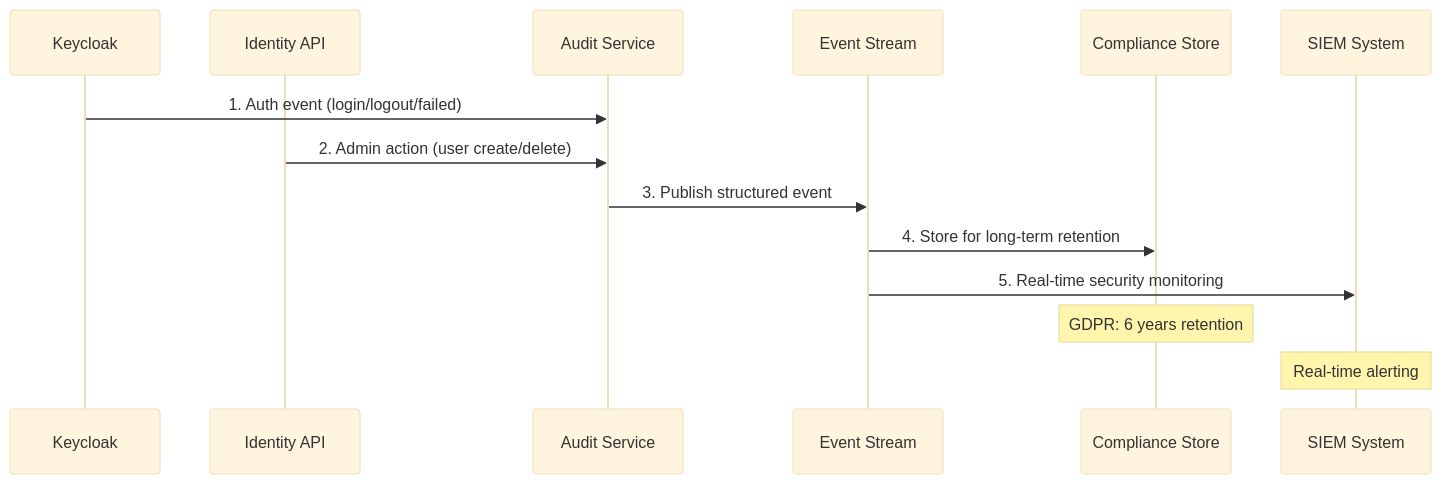
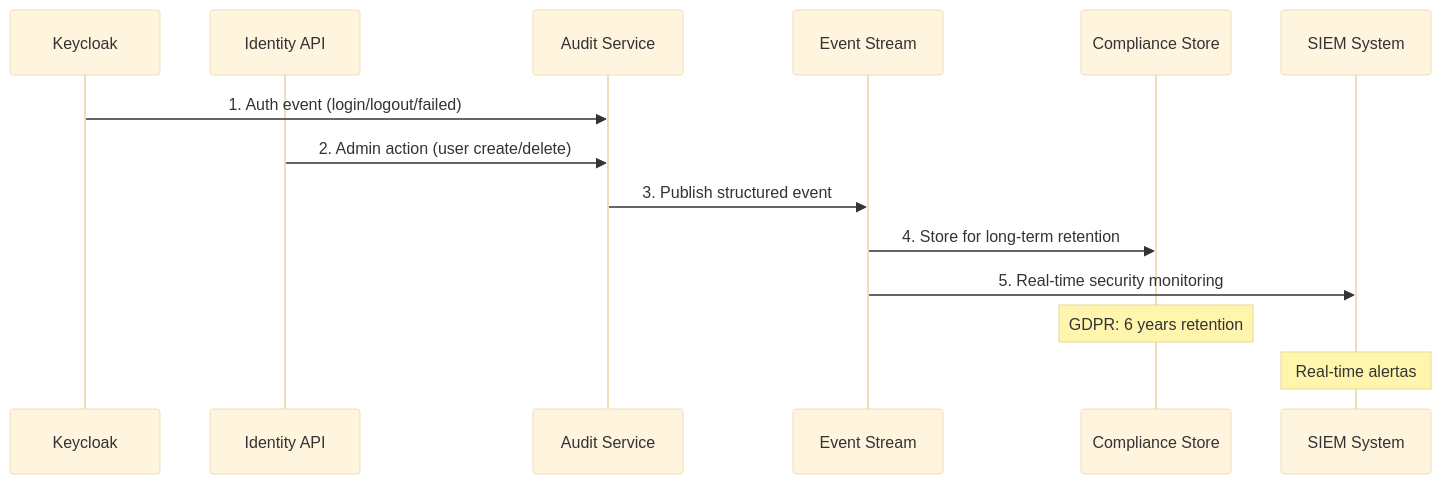
Before and after one commit to jclemente-tlm/tlm-arq-servicios-corporativos: the ninth of 9 diagrams in docs/servicio-identidad/06-vista-tiempo-ejecucion.md, drawn with Mermaid (base theme). The commit also changed other lines of this file and 69 other files, not shown here.

````diff
--- a/docs/servicio-identidad/06-vista-tiempo-ejecucion.md
+++ b/docs/servicio-identidad/06-vista-tiempo-ejecucion.md
@@ -735,18 +735,18 @@
 ```mermaid
 sequenceDiagram
     participant KC as Keycloak
     participant IdAPI as Identity API
     participant AuditSvc as Audit Service
     participant Kafka as Event Stream
     participant ComplianceDB as Compliance Store
     participant SIEM as SIEM System
 
     KC->>AuditSvc: 1. Auth event (login/logout/failed)
     IdAPI->>AuditSvc: 2. Admin action (user create/delete)
     AuditSvc->>Kafka: 3. Publish structured event
     Kafka->>ComplianceDB: 4. Store for long-term retention
     Kafka->>SIEM: 5. Real-time security monitoring
 
     Note over ComplianceDB: GDPR: 6 years retention
-    Note over SIEM: Real-time alerting
+    Note over SIEM: Real-time alertas
 ```
````
